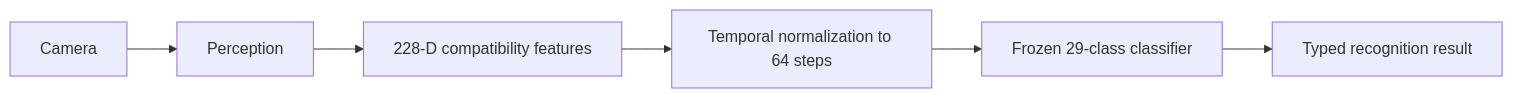
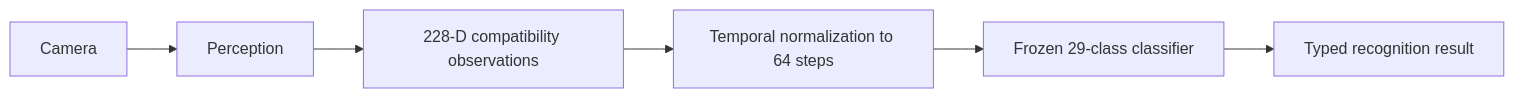
One commit to anes-dev-ml/ParlonsLSQ-Showcase changed the second of 2 diagrams in ARCHITECTURE.md. Above: the diagram before and after it, drawn with Mermaid. The commit also changed other lines of this file and 17 other files, not shown here.

````diff
--- a/ARCHITECTURE.md
+++ b/ARCHITECTURE.md
@@ -74,8 +45,8 @@
 ```mermaid
 flowchart LR
     C[Camera] --> P[Perception]
-    P --> F[228-D compatibility features]
+    P --> F[228-D compatibility observations]
     F --> T[Temporal normalization to 64 steps]
     T --> M[Frozen 29-class classifier]
     M --> R[Typed recognition result]
 ```
````
